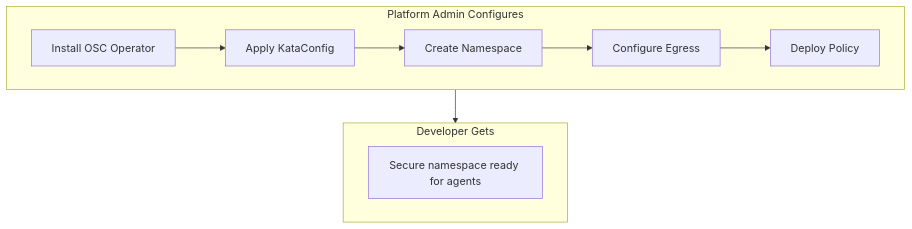
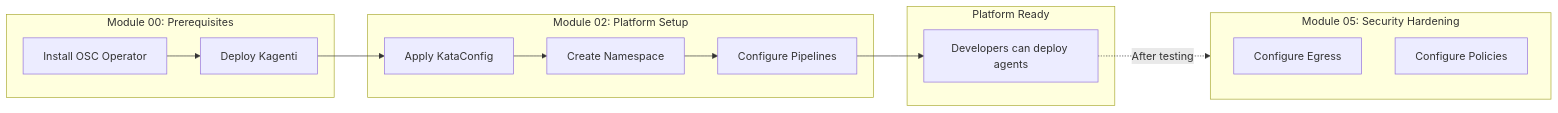
The diagram in docs/workshop/02-platform-setup/index.md (rrbanda/agent-sandbox-ocp), drawn with Mermaid before and after one commit. The commit also changed other lines of this file and 48 other files, not shown here.

Commit message:
Reorganize workshop with AgentBuild, Security Hardening modules

````diff
--- a/docs/workshop/02-platform-setup/index.md
+++ b/docs/workshop/02-platform-setup/index.md
@@ -27,15 +62,25 @@
 ```mermaid
-flowchart TD
-    subgraph Platform["Platform Admin Configures"]
-        A["Install OSC Operator"] --> B["Apply KataConfig"]
-        B --> C["Create Namespace"]
-        C --> D["Configure Egress"]
-        D --> E["Deploy Policy"]
+flowchart LR
+    subgraph Module00["Module 00: Prerequisites"]
+        A["Install OSC Operator"]
+        B["Deploy Kagenti"]
     end
     
-    subgraph Result["Developer Gets"]
-        F["Secure namespace ready for agents"]
+    subgraph Module02["Module 02: Platform Setup"]
+        C["Apply KataConfig"]
+        D["Create Namespace"]
+        E["Configure Pipelines"]
     end
     
-    Platform --> Result
+    subgraph Ready["Platform Ready"]
+        G["Developers can deploy agents"]
+    end
+    
+    subgraph Module05["Module 05: Security Hardening"]
+        H["Configure Egress"]
+        I["Configure Policies"]
+    end
+    
+    A --> B --> C --> D --> E --> G
+    G -.->|"After testing"| Module05
 ```
````
